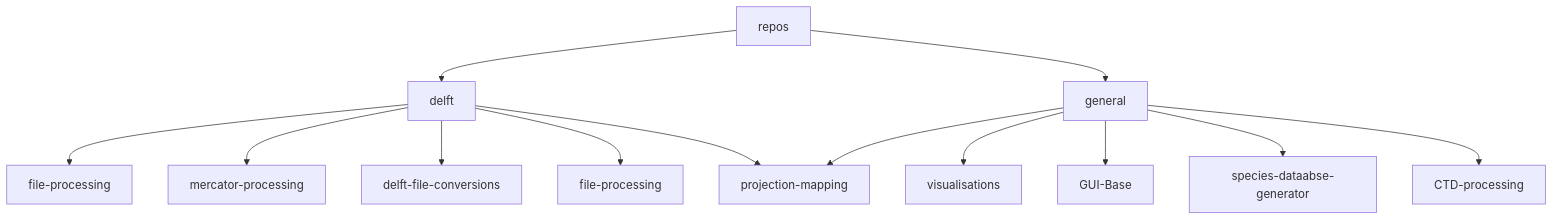
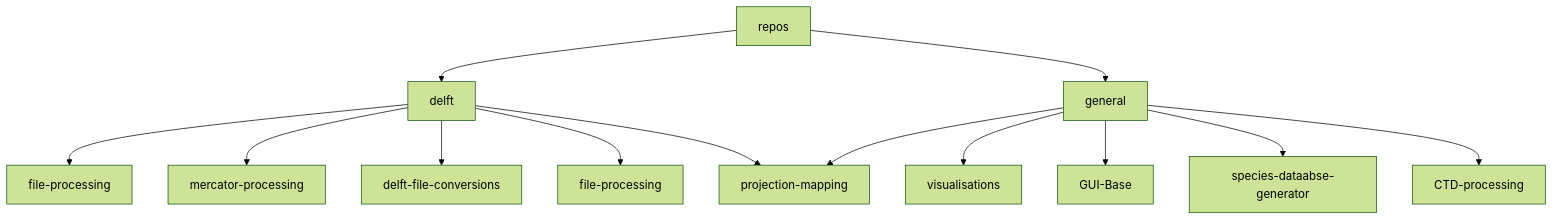
The diagram in profile/README.md (Anchor-Environmental/.github), drawn with Mermaid before and after one commit.

````diff
--- a/profile/README.md
+++ b/profile/README.md
@@ -35,16 +35,16 @@
 ```mermaid
-
+%%{init: {'theme':'forest'}}%%
 graph TD
   A[repos]-->B[delft]
   B[delft]-->C[file-processing]
   B-->J[mercator-processing]
   B-->E[delft-file-conversions]
   B-->H[file-processing]
   B-->D[projection-mapping]
   A-->F[general]
   F-->G[visualisations]
   F-->D[projection-mapping]
   F-->I[GUI-Base]
   F-->K[species-dataabse-generator]
   F-->L[CTD-processing]
 ```
````
